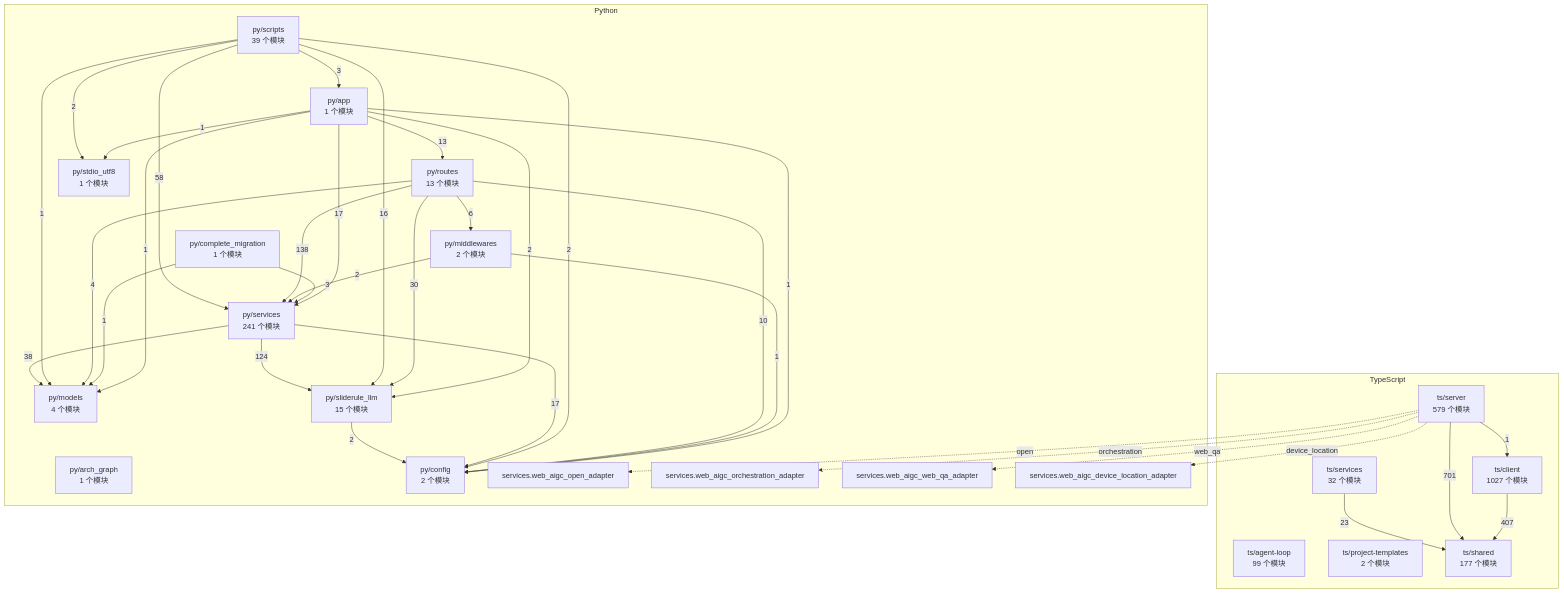
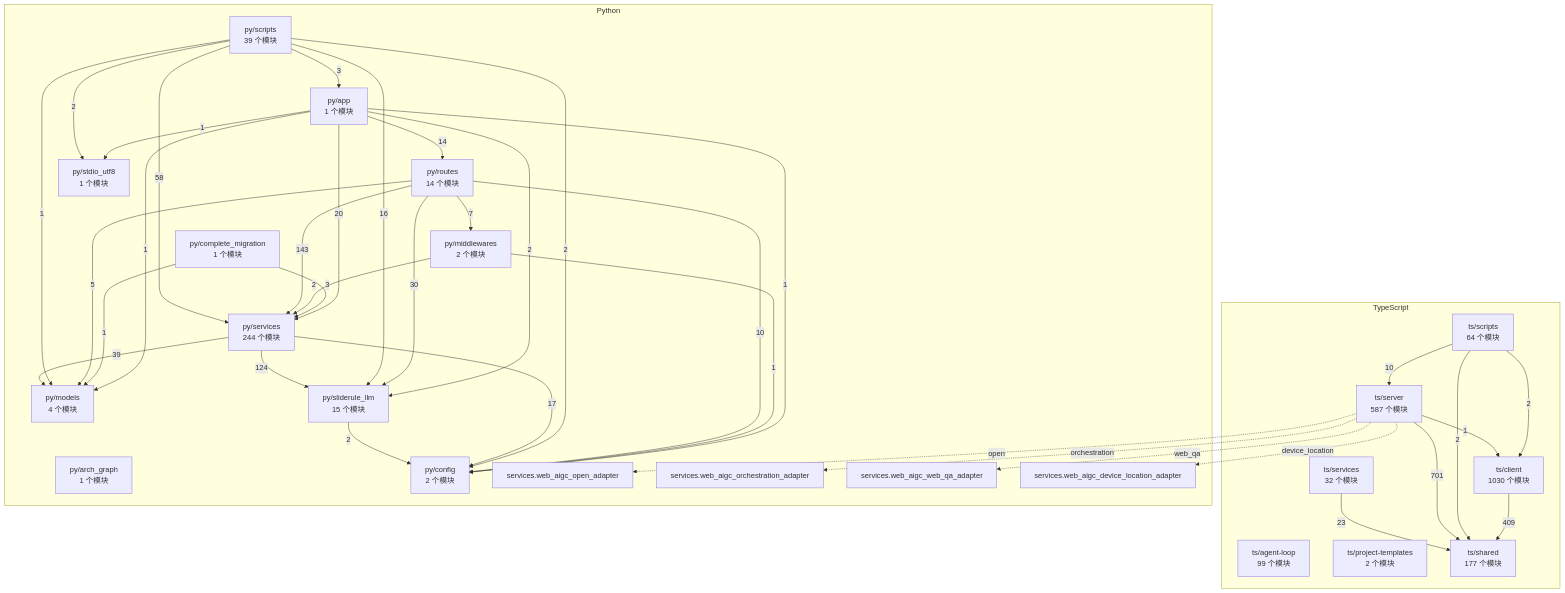
Before and after one commit to 2686521696/WhyBuddy: the diagram in docs/WhyBuddy 全仓架构图（自动生成）.md, drawn with Mermaid. The commit also changed other lines of this file and 46 other files, not shown here.

````diff
--- a/docs/WhyBuddy 全仓架构图（自动生成）.md
+++ b/docs/WhyBuddy 全仓架构图（自动生成）.md
@@ -14,61 +14,65 @@
 ```mermaid
 flowchart TB
   subgraph ts [TypeScript]
     ts_agent_loop["ts/agent-loop<br/>99 个模块"]
-    ts_client["ts/client<br/>1027 个模块"]
+    ts_client["ts/client<br/>1030 个模块"]
     ts_project_templates["ts/project-templates<br/>2 个模块"]
-    ts_server["ts/server<br/>579 个模块"]
+    ts_scripts["ts/scripts<br/>64 个模块"]
+    ts_server["ts/server<br/>587 个模块"]
     ts_services["ts/services<br/>32 个模块"]
     ts_shared["ts/shared<br/>177 个模块"]
   end
   subgraph py [Python]
     py_app["py/app<br/>1 个模块"]
     py_arch_graph["py/arch_graph<br/>1 个模块"]
     py_complete_migration["py/complete_migration<br/>1 个模块"]
     py_config["py/config<br/>2 个模块"]
     py_middlewares["py/middlewares<br/>2 个模块"]
     py_models["py/models<br/>4 个模块"]
-    py_routes["py/routes<br/>13 个模块"]
+    py_routes["py/routes<br/>14 个模块"]
     py_scripts["py/scripts<br/>39 个模块"]
-    py_services["py/services<br/>241 个模块"]
+    py_services["py/services<br/>244 个模块"]
     py_sliderule_llm["py/sliderule_llm<br/>15 个模块"]
     py_stdio_utf8["py/stdio_utf8<br/>1 个模块"]
     py_services_web_aigc_open_adapter["services.web_aigc_open_adapter"]
     py_services_web_aigc_orchestration_adapter["services.web_aigc_orchestration_adapter"]
     py_services_web_aigc_web_qa_adapter["services.web_aigc_web_qa_adapter"]
     py_services_web_aigc_device_location_adapter["services.web_aigc_device_location_adapter"]
   end
-  ts_client -->|407| ts_shared
+  ts_client -->|409| ts_shared
+  ts_scripts -->|2| ts_client
+  ts_scripts -->|10| ts_server
+  ts_scripts -->|2| ts_shared
   ts_server -->|1| ts_client
   ts_server -->|701| ts_shared
   ts_services -->|23| ts_shared
   py_app -->|1| py_config
   py_app -->|1| py_models
-  py_app -->|13| py_routes
-  py_app -->|17| py_services
+  py_app -->|14| py_routes
+  py_app -->|20| py_services
   py_app -->|2| py_sliderule_llm
   py_app -->|1| py_stdio_utf8
   py_complete_migration -->|1| py_models
   py_complete_migration -->|3| py_services
   py_middlewares -->|1| py_config
   py_middlewares -->|2| py_services
   py_routes -->|10| py_config
-  py_routes -->|6| py_middlewares
-  py_routes -->|4| py_models
-  py_routes -->|138| py_services
+  py_routes -->|7| py_middlewares
+  py_routes -->|5| py_models
+  py_routes -->|143| py_services
   py_routes -->|30| py_sliderule_llm
   py_scripts -->|3| py_app
   py_scripts -->|2| py_config
   py_scripts -->|1| py_models
   py_scripts -->|58| py_services
   py_scripts -->|16| py_sliderule_llm
   py_scripts -->|2| py_stdio_utf8
   py_services -->|17| py_config
-  py_services -->|38| py_models
+  py_services -->|39| py_models
   py_services -->|124| py_sliderule_llm
   py_sliderule_llm -->|2| py_config
   ts_server -.->|open| py_services_web_aigc_open_adapter
   ts_server -.->|orchestration| py_services_web_aigc_orchestration_adapter
   ts_server -.->|web_qa| py_services_web_aigc_web_qa_adapter
   ts_server -.->|device_location| py_services_web_aigc_device_location_adapter
 ```
````
